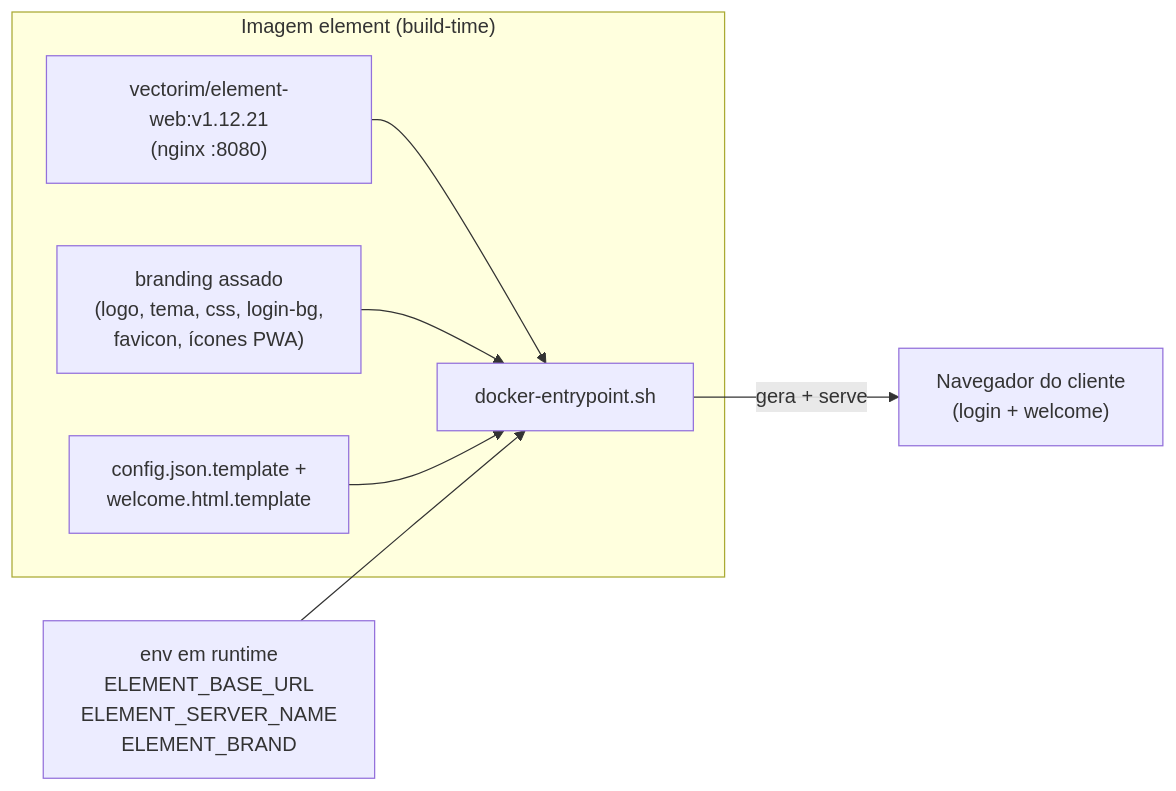
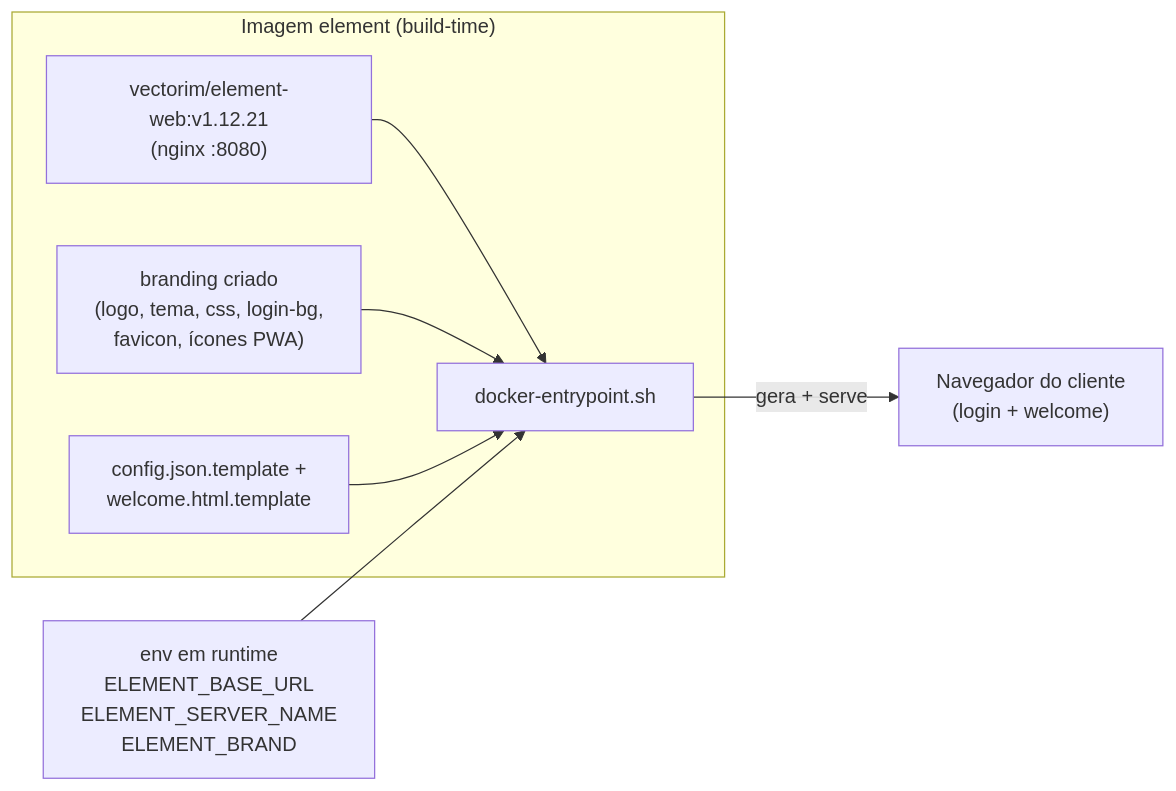
The first of 2 diagrams in README.md (marcelofmatos/element), drawn with Mermaid before and after one commit. The commit also changed other lines of this file and 2 other files, not shown here.

Commit message:
Terminologia: "criado" em vez de "assado" no branding

````diff
--- a/README.md
+++ b/README.md
@@ -50,16 +50,16 @@
 ```mermaid
 flowchart LR
   base["vectorim/element-web:v1.12.21<br/>(nginx :8080)"]
-  brand["branding assado<br/>(logo, tema, css, login-bg,<br/>favicon, ícones PWA)"]
+  brand["branding criado<br/>(logo, tema, css, login-bg,<br/>favicon, ícones PWA)"]
   tmpl["config.json.template +<br/>welcome.html.template"]
   entry["docker-entrypoint.sh"]
 
   subgraph img["Imagem element (build-time)"]
     base --> entry
     brand --> entry
     tmpl --> entry
   end
 
   env["env em runtime<br/>ELEMENT_BASE_URL<br/>ELEMENT_SERVER_NAME<br/>ELEMENT_BRAND"] --> entry
   entry -->|gera + serve| user["Navegador do cliente<br/>(login + welcome)"]
 ```
````
